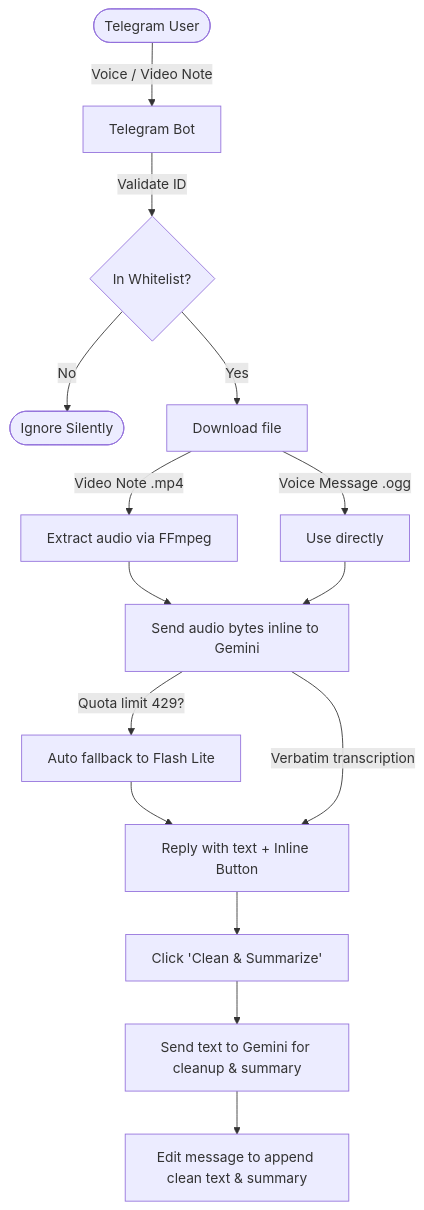
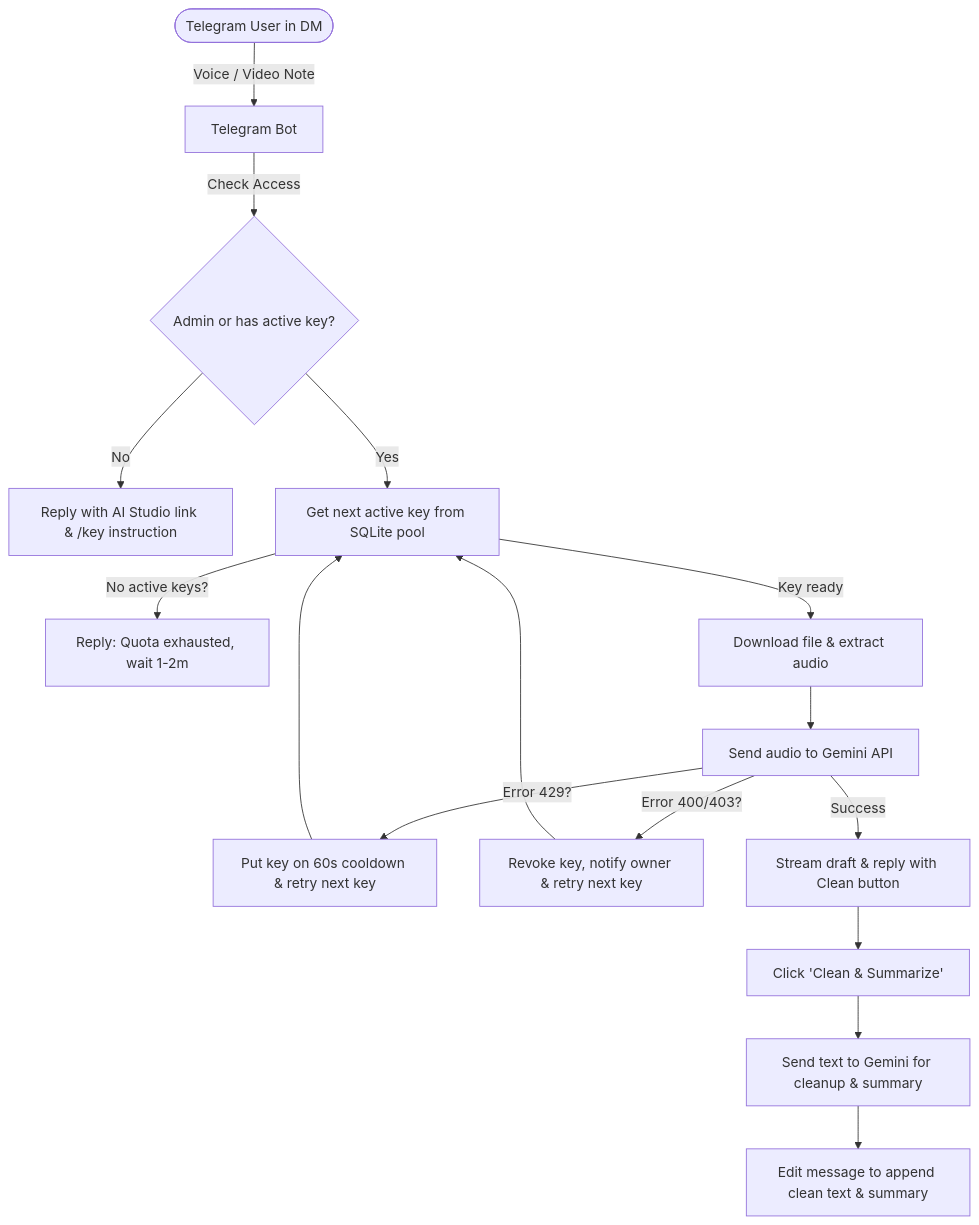
Before and after one commit to renkagod/tg-voice-stt: the diagram in README.md, drawn with Mermaid. The commit also changed other lines of this file and 7 other files, not shown here.

Commit message:
feat: crowdsourced Gemini API key pool, remove /model command

````diff
--- a/README.md
+++ b/README.md
@@ -24,17 +24,18 @@
 ```mermaid
 flowchart TD
-    User([Telegram User]) -->|Voice / Video Note| Bot[Telegram Bot]
-    Bot -->|Validate ID| Whitelist{In Whitelist?}
-    Whitelist -->|No| Ignore([Ignore Silently])
-    Whitelist -->|Yes| Download[Download file]
-    Download -->|Video Note .mp4| FFmpeg[Extract audio via FFmpeg]
-    Download -->|Voice Message .ogg| Direct[Use directly]
-    FFmpeg --> SendGemini[Send audio bytes inline to Gemini]
-    Direct --> SendGemini
-    SendGemini -->|Quota limit 429?| Fallback[Auto fallback to Flash Lite]
-    Fallback --> Reply[Reply with text + Inline Button]
-    SendGemini -->|Verbatim transcription| Reply
-    Reply --> Click[Click 'Clean & Summarize']
+    User([Telegram User in DM]) -->|Voice / Video Note| Bot[Telegram Bot]
+    Bot -->|Check Access| Access{Admin or has active key?}
+    Access -->|No| PromptKey[Reply with AI Studio link & /key instruction]
+    Access -->|Yes| FetchKey[Get next active key from SQLite pool]
+    FetchKey -->|No active keys?| Exhausted[Reply: Quota exhausted, wait 1-2m]
+    FetchKey -->|Key ready| Download[Download file & extract audio]
+    Download --> SendGemini[Send audio to Gemini API]
+    SendGemini -->|Error 429?| Cooldown[Put key on 60s cooldown & retry next key]
+    Cooldown --> FetchKey
+    SendGemini -->|Error 400/403?| Revoke[Revoke key, notify owner & retry next key]
+    Revoke --> FetchKey
+    SendGemini -->|Success| StreamDraft[Stream draft & reply with Clean button]
+    StreamDraft --> Click[Click 'Clean & Summarize']
     Click --> GeminiClean[Send text to Gemini for cleanup & summary]
     GeminiClean --> Edit[Edit message to append clean text & summary]
 ```
````
